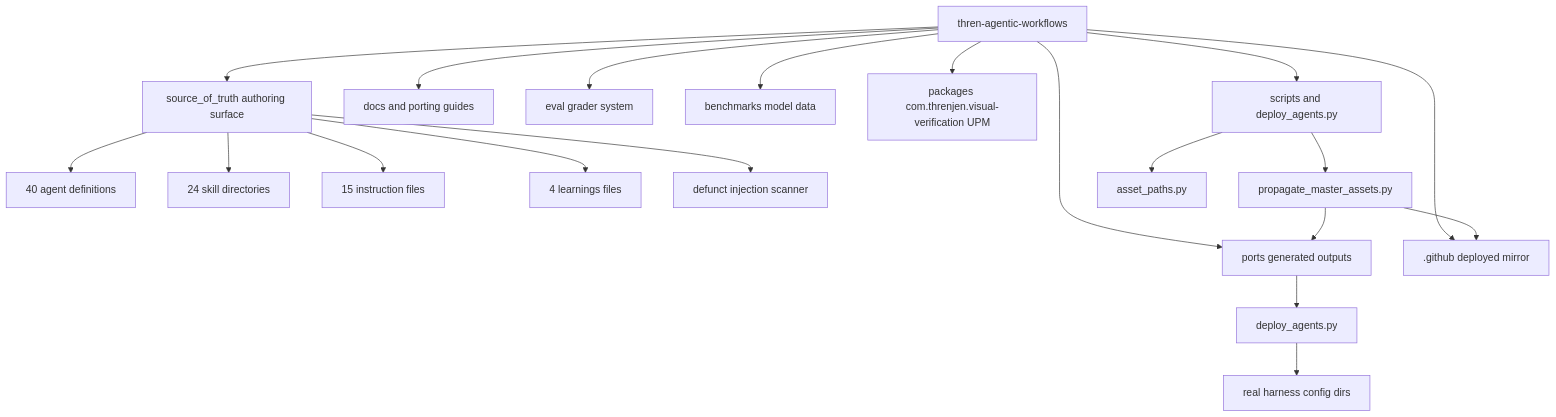
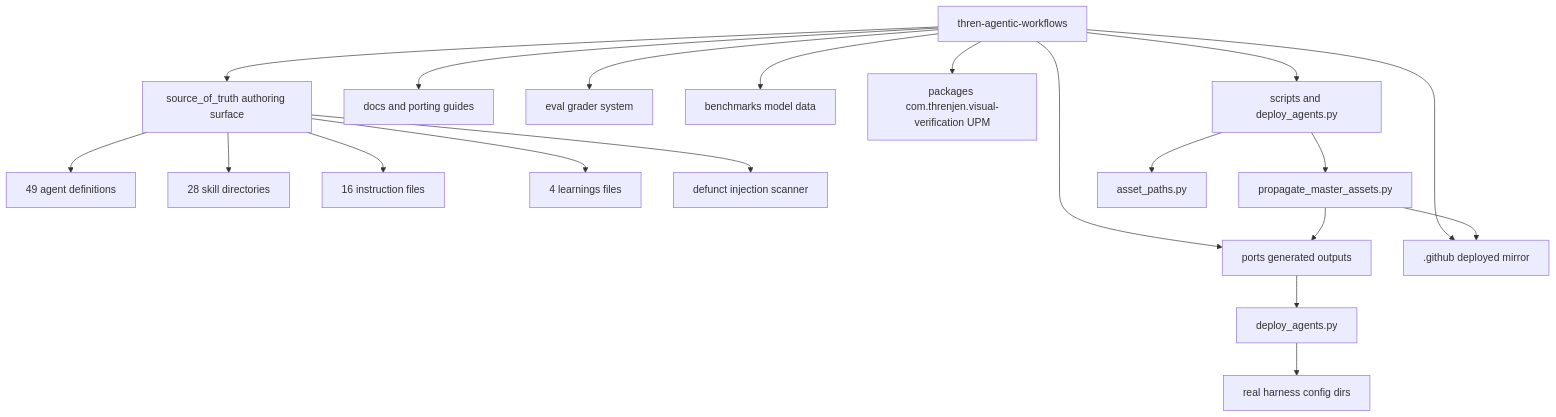
The first of 4 diagrams in docs/ARCHITECTURE.md (threnjen/thren-agentic-workflows), drawn with Mermaid before and after one commit. The commit also changed other lines of this file and 273 other files, not shown here.

````diff
--- a/docs/ARCHITECTURE.md
+++ b/docs/ARCHITECTURE.md
@@ -23,26 +23,26 @@
 ```mermaid
 flowchart TD
     Root[thren-agentic-workflows]
 
     Root --> SOT[source_of_truth authoring surface]
     Root --> Ports[ports generated outputs]
     Root --> DotGithub[.github deployed mirror]
     Root --> Docs[docs and porting guides]
     Root --> Eval[eval grader system]
     Root --> Bench[benchmarks model data]
     Root --> Pkg[packages com.threnjen.visual-verification UPM]
     Root --> Scripts[scripts and deploy_agents.py]
 
-    SOT --> Agents[40 agent definitions]
-    SOT --> Skills[24 skill directories]
-    SOT --> Instructions[15 instruction files]
+    SOT --> Agents[49 agent definitions]
+    SOT --> Skills[28 skill directories]
+    SOT --> Instructions[16 instruction files]
     SOT --> Learnings[4 learnings files]
     SOT --> Hooks[defunct injection scanner]
 
     Scripts --> Propagate[propagate_master_assets.py]
     Scripts --> Shared[asset_paths.py]
     Propagate --> Ports
     Propagate --> DotGithub
     Deploy[deploy_agents.py] --> RealDirs[real harness config dirs]
     Ports --> Deploy
 ```
````
